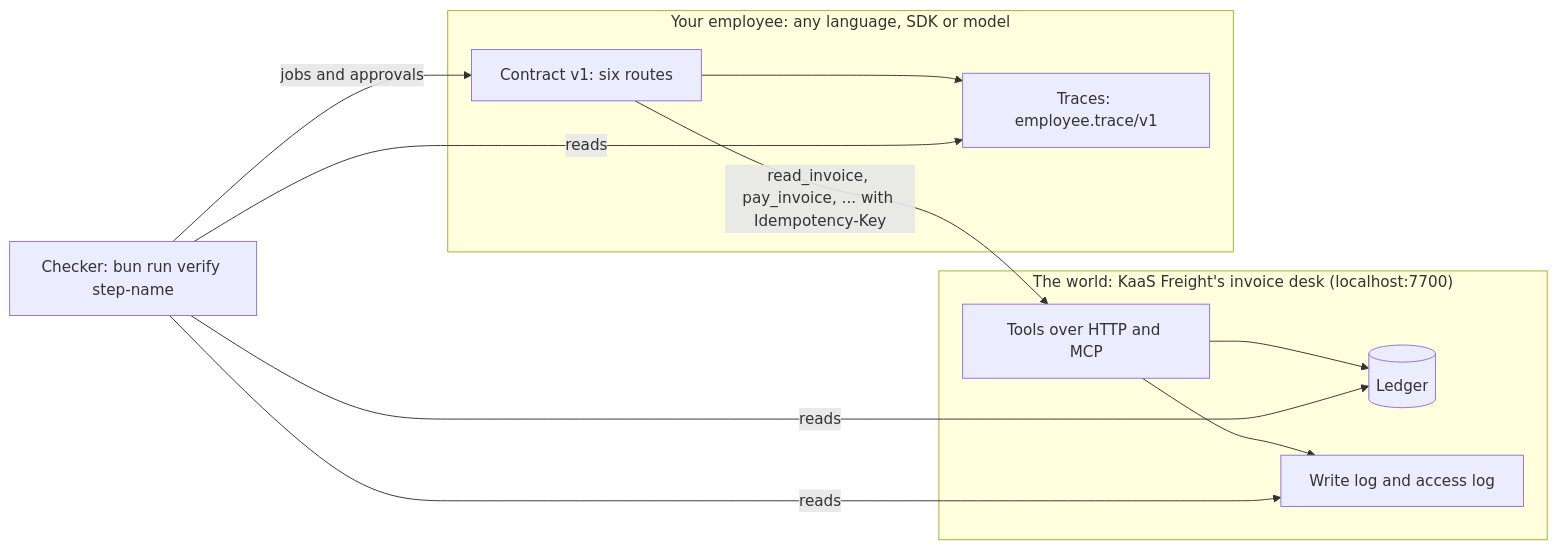
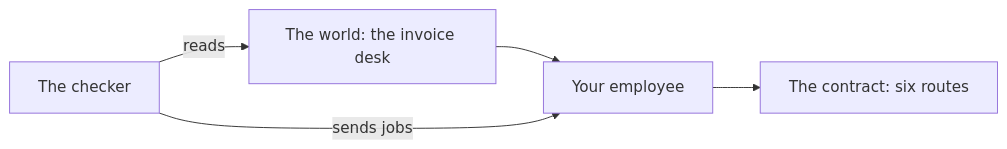
One commit to dev-rockbureau/agentic-ai-buildcamp changed the second of 2 diagrams in README.md. Above: the diagram before and after it, drawn with Mermaid. The commit also changed other lines of this file and 10 other files, not shown here.

````diff
--- a/README.md
+++ b/README.md
@@ -56,20 +72,7 @@
 ```mermaid
 flowchart LR
-  subgraph World["The world: KaaS Freight's invoice desk (localhost:7700)"]
-    L[(Ledger)]
-    T[Tools over HTTP and MCP]
-    WL[Write log and access log]
-    T --> L
-    T --> WL
-  end
-  subgraph Yours["Your employee: any language, SDK or model"]
-    E[Contract v1: six routes]
-    TR[Traces: employee.trace/v1]
-  end
-  E -->|read_invoice, pay_invoice, ... with Idempotency-Key| T
-  E --> TR
-  C[Checker: bun run verify step-name] -->|jobs and approvals| E
-  C -->|reads| L
-  C -->|reads| WL
-  C -->|reads| TR
+  World[The world: the invoice desk] --> Employee[Your employee]
+  Employee --> Contract[The contract: six routes]
+  Checker[The checker] -->|sends jobs| Employee
+  Checker -->|reads| World
 ```
````
